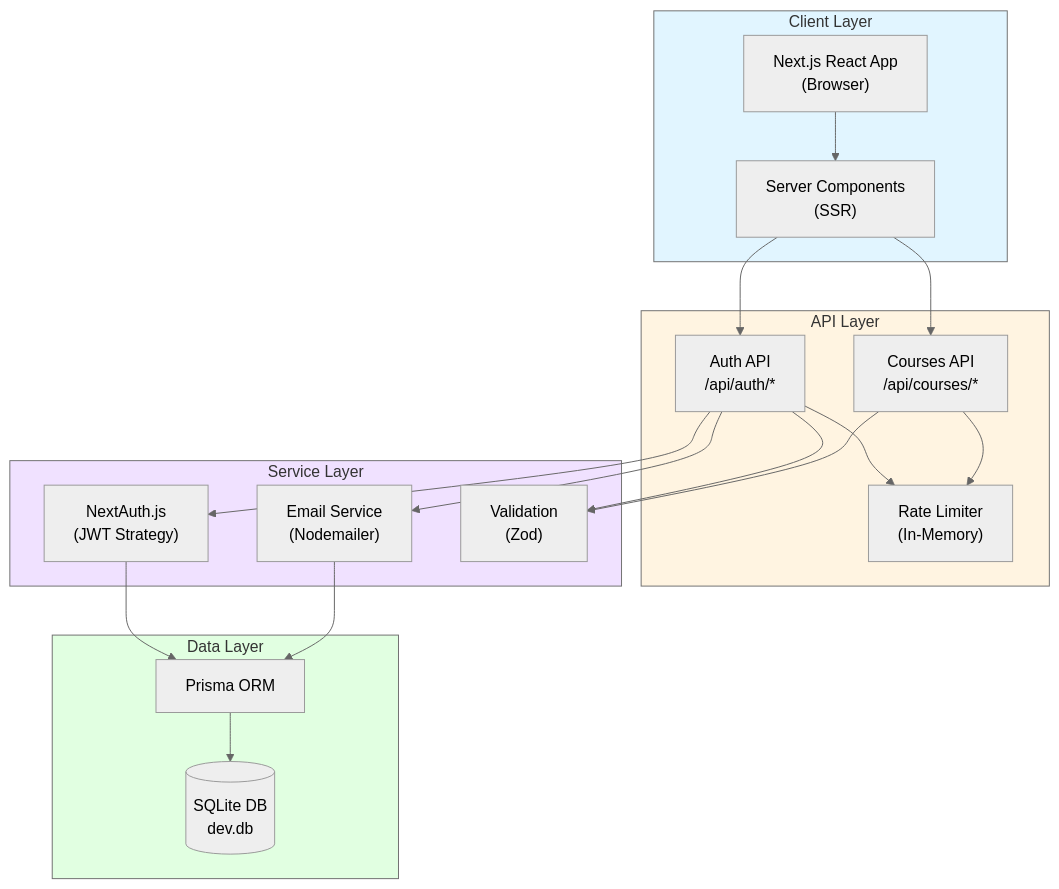
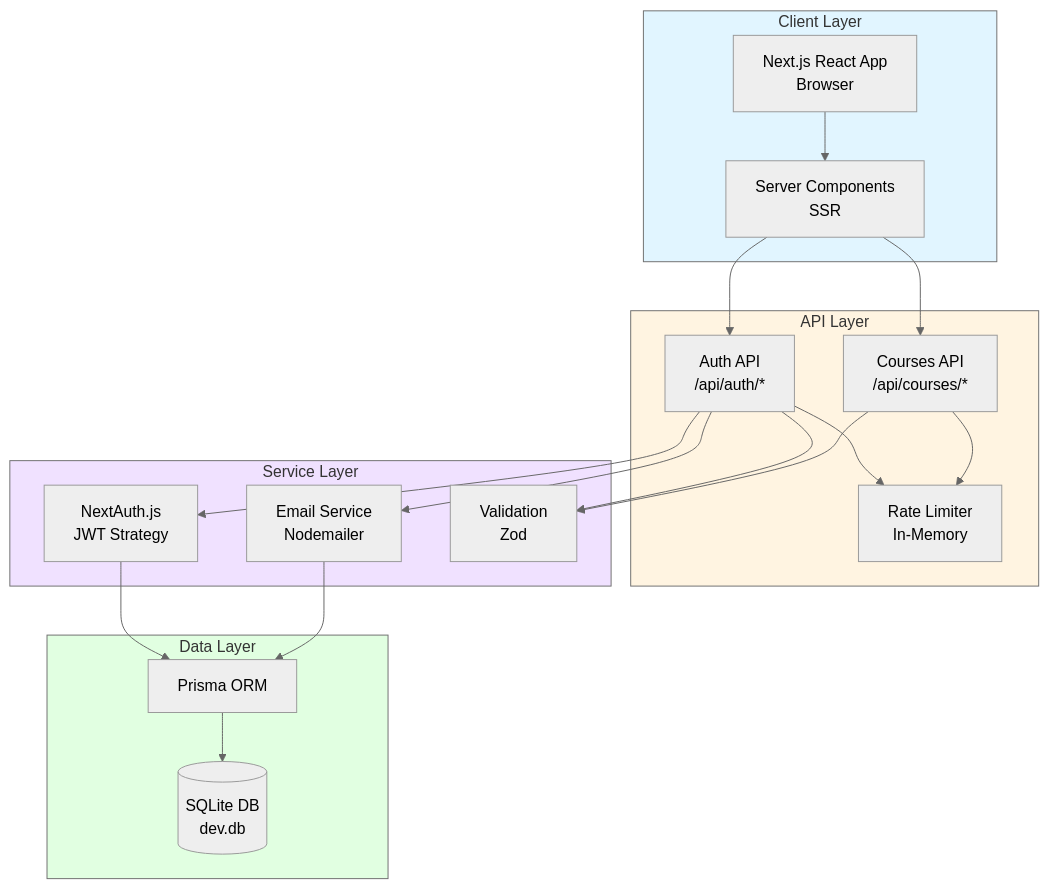
One commit to abulhasan-18/learnkart changed the first of 3 diagrams in README.md. Above: the diagram before and after it, drawn with Mermaid (neutral theme). The commit also changed other lines of this file and 7 other files, not shown here.

````diff
--- a/README.md
+++ b/README.md
@@ -46,42 +49,42 @@
 ```mermaid
 graph TB
-    subgraph Client["Client Layer"]
-        Browser["Next.js React App<br/>(Browser)"]
-        SSR["Server Components<br/>(SSR)"]
+    subgraph Client[Client Layer]
+        Browser[Next.js React App<br/>Browser]
+        SSR[Server Components<br/>SSR]
     end
 
-    subgraph API["API Layer"]
-        AuthAPI["Auth API<br/>/api/auth/*"]
-        CoursesAPI["Courses API<br/>/api/courses/*"]
-        RateLimit["Rate Limiter<br/>(In-Memory)"]
+    subgraph API[API Layer]
+        AuthAPI[Auth API<br/>/api/auth/*]
+        CoursesAPI[Courses API<br/>/api/courses/*]
+        RateLimit[Rate Limiter<br/>In-Memory]
     end
 
-    subgraph Services["Service Layer"]
-        NextAuth["NextAuth.js<br/>(JWT Strategy)"]
-        Email["Email Service<br/>(Nodemailer)"]
-        Validation["Validation<br/>(Zod)"]
+    subgraph Services[Service Layer]
+        NextAuth[NextAuth.js<br/>JWT Strategy]
+        Email[Email Service<br/>Nodemailer]
+        Validation[Validation<br/>Zod]
     end
 
-    subgraph Data["Data Layer"]
-        Prisma["Prisma ORM"]
+    subgraph Data[Data Layer]
+        Prisma[Prisma ORM]
         DB[(SQLite DB<br/>dev.db)]
     end
 
     Browser --> SSR
     SSR --> AuthAPI
     SSR --> CoursesAPI
     AuthAPI --> RateLimit
     CoursesAPI --> RateLimit
     AuthAPI --> NextAuth
     AuthAPI --> Email
     AuthAPI --> Validation
     CoursesAPI --> Validation
     NextAuth --> Prisma
     Email --> Prisma
     Prisma --> DB
 
     style Client fill:#e1f5ff
     style API fill:#fff4e1
     style Services fill:#f0e1ff
     style Data fill:#e1ffe1
 ```
````
